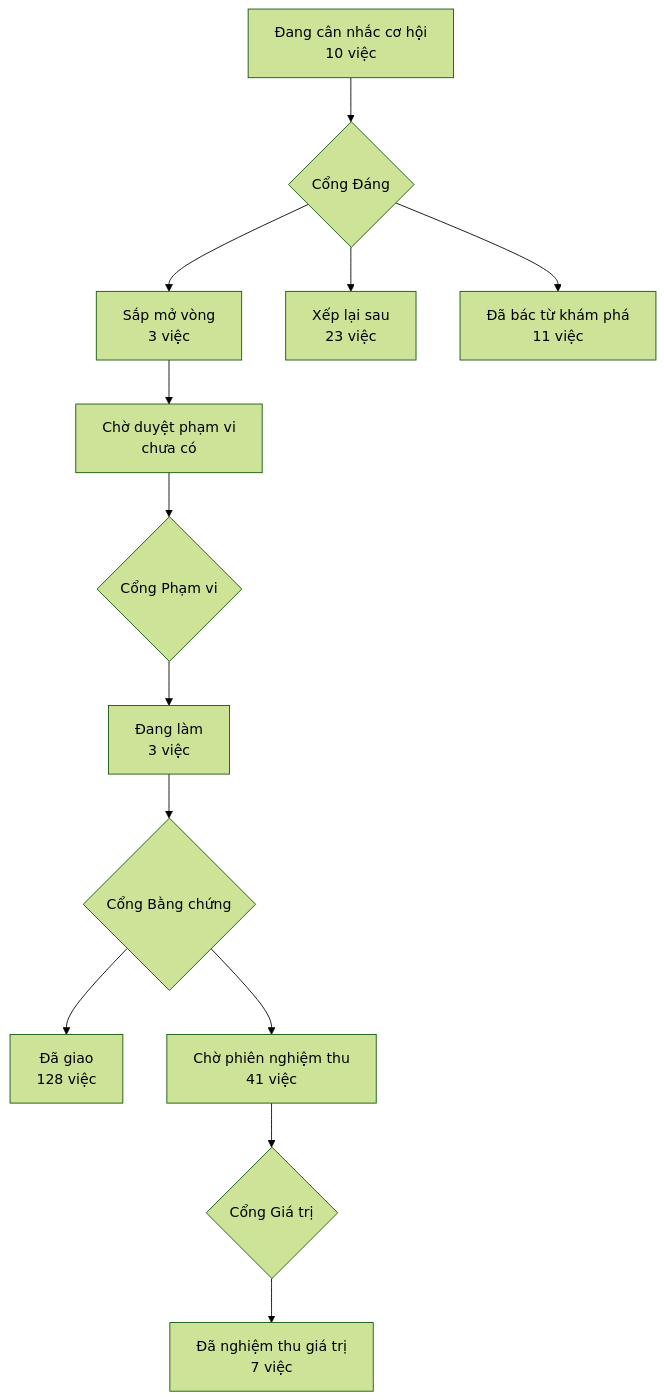
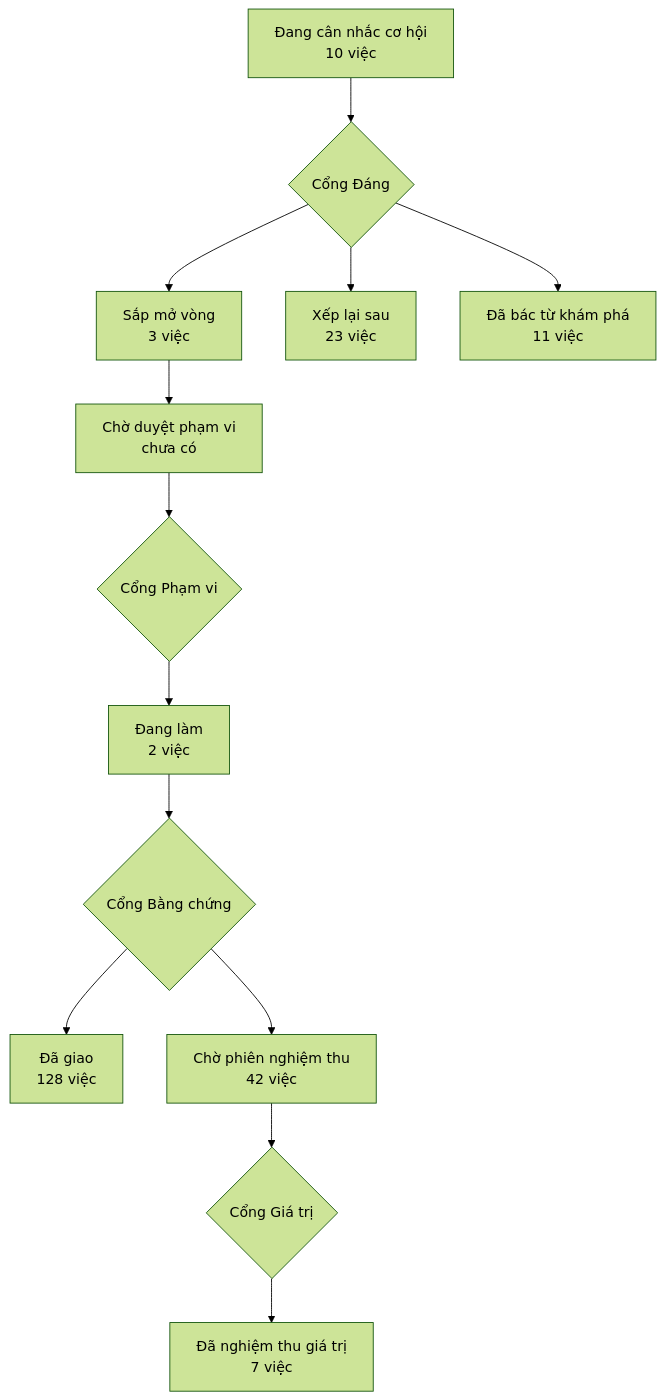
One commit to phanlemanh/acceptance-gate-kit changed the diagram in PRODUCT-MAP.md. Above: the diagram before and after it, drawn with Mermaid (forest theme). The commit also changed 5 other files, not shown here.

````diff
--- a/PRODUCT-MAP.md
+++ b/PRODUCT-MAP.md
@@ -7,12 +7,12 @@
 ```mermaid
 flowchart TD
   A["Đang cân nhắc cơ hội<br/>10 việc"] --> GD{"Cổng Đáng"}
   GD --> B["Sắp mở vòng<br/>3 việc"]
   GD --> XL["Xếp lại sau<br/>23 việc"]
   GD --> DB["Đã bác từ khám phá<br/>11 việc"]
   B --> CD["Chờ duyệt phạm vi<br/>chưa có"] --> GP{"Cổng Phạm vi"}
-  GP --> DL["Đang làm<br/>3 việc"] --> GB{"Cổng Bằng chứng"}
+  GP --> DL["Đang làm<br/>2 việc"] --> GB{"Cổng Bằng chứng"}
   GB --> DG["Đã giao<br/>128 việc"]
-  GB --> CN["Chờ phiên nghiệm thu<br/>41 việc"] --> GG{"Cổng Giá trị"}
+  GB --> CN["Chờ phiên nghiệm thu<br/>42 việc"] --> GG{"Cổng Giá trị"}
   GG --> NT["Đã nghiệm thu giá trị<br/>7 việc"]
 ```
````
